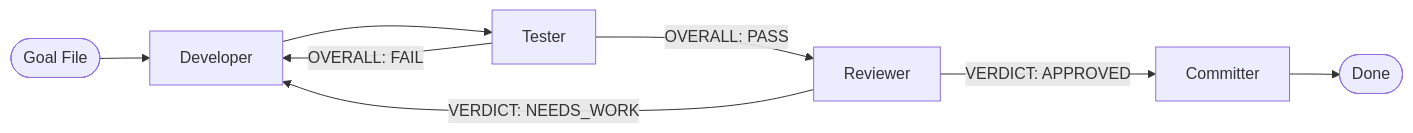
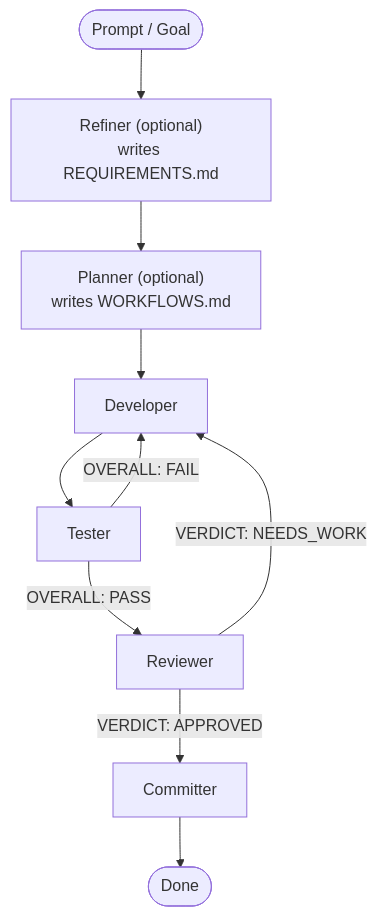
One commit to hjhun/dormammu changed the second of 3 diagrams in README.md. Above: the diagram before and after it, drawn with Mermaid. The commit also changed other lines of this file and 14 other files, not shown here.

````diff
--- a/README.md
+++ b/README.md
@@ -90,10 +110,12 @@
 ```mermaid
-flowchart LR
-    goal([Goal File]) --> dev[Developer]
-    dev --> tester[Tester]
-    tester -- "OVERALL: FAIL" --> dev
+flowchart TD
+    prompt([Prompt / Goal]) --> refiner["Refiner (optional)<br/>writes REQUIREMENTS.md"]
+    refiner --> planner["Planner (optional)<br/>writes WORKFLOWS.md"]
+    planner --> developer[Developer]
+    developer --> tester[Tester]
+    tester -- "OVERALL: FAIL" --> developer
     tester -- "OVERALL: PASS" --> reviewer[Reviewer]
-    reviewer -- "VERDICT: NEEDS_WORK" --> dev
+    reviewer -- "VERDICT: NEEDS_WORK" --> developer
     reviewer -- "VERDICT: APPROVED" --> committer[Committer]
     committer --> done([Done])
 ```
````
